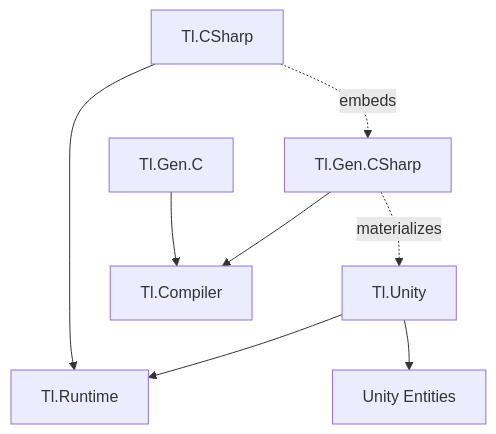
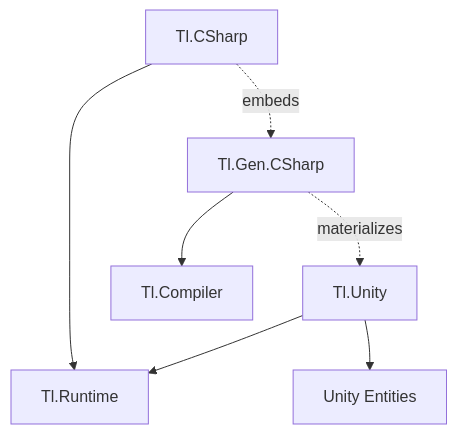
The second of 3 diagrams in docs/architecture.md (IAFahim/tl), drawn with Mermaid before and after one commit. The commit also changed other lines of this file and 176 other files, not shown here.

````diff
--- a/docs/architecture.md
+++ b/docs/architecture.md
@@ -32,16 +32,14 @@
 ```mermaid
 flowchart TD
     Runtime[Tl.Runtime]
     Compiler[Tl.Compiler]
     CSharp[Tl.Gen.CSharp]
     Install[Tl.CSharp]
-    C[Tl.Gen.C]
     Unity[Tl.Unity]
     CSharp --> Compiler
     Install --> Runtime
     Install -. embeds .-> CSharp
-    C --> Compiler
     Unity --> Runtime
     Unity --> Entities[Unity Entities]
     CSharp -. materializes .-> Unity
 ```
````
